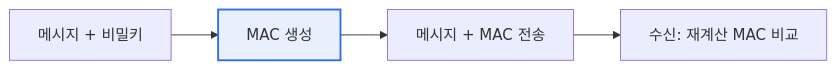
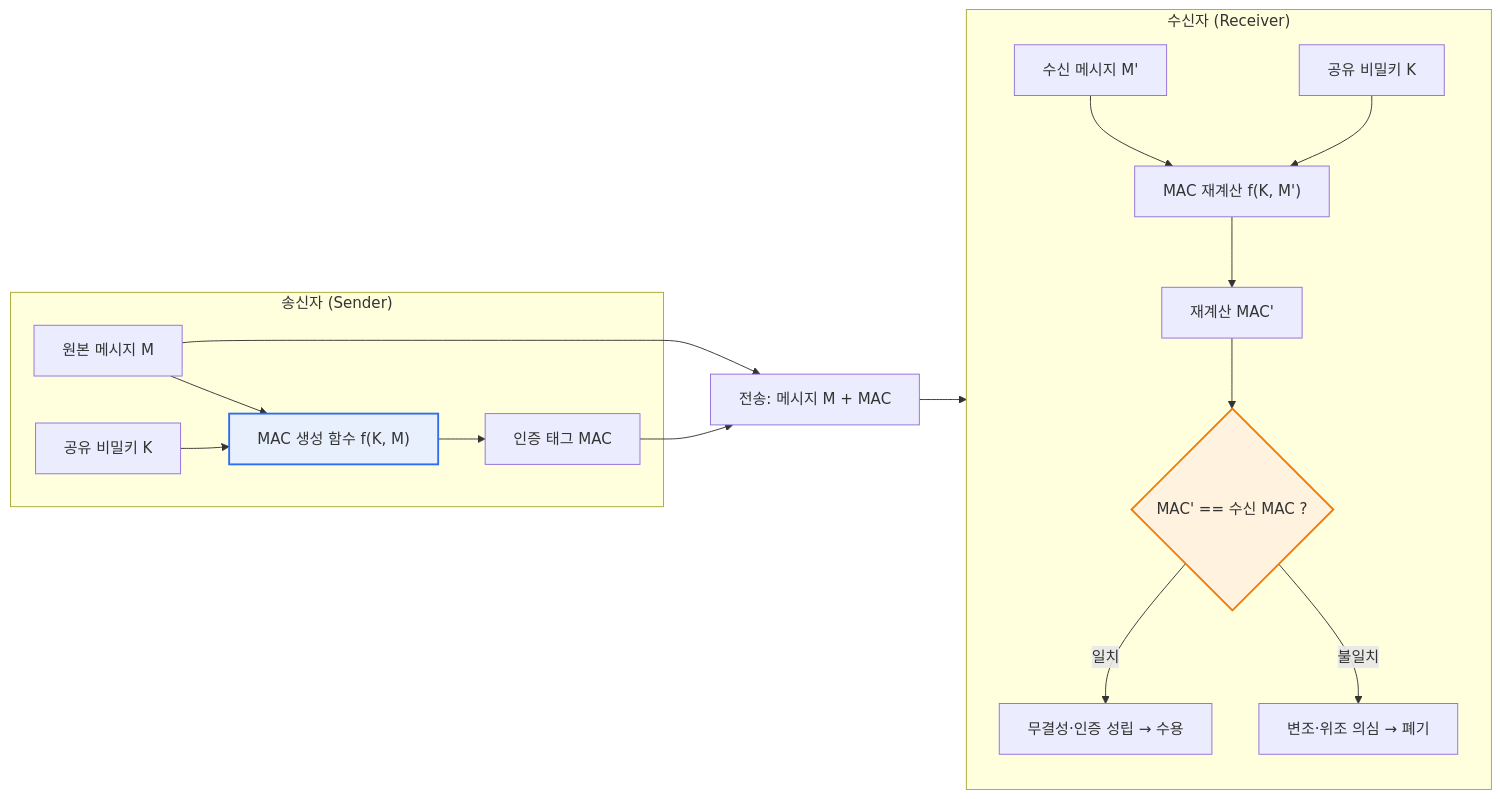
Before and after one commit to coninggu/wjdqhrhksflrltnftk: the first of 2 diagrams in content/mac.md, drawn with Mermaid. The commit also changed other lines of this file and 3 other files, not shown here.

First line of the commit message:
Deepen 메시지 인증 코드(MAC), 소프트웨어 품질비용(Cost of Quality) (auto)

````diff
--- a/content/mac.md
+++ b/content/mac.md
@@ -15,6 +20,21 @@
 ```mermaid
 flowchart LR
-  M["메시지 + 비밀키"] --> G["MAC 생성"] --> S["메시지 + MAC 전송"]
-  S --> V["수신: 재계산 MAC 비교"]
-  style G fill:#e8f0fe,stroke:#2f6fed,stroke-width:2px
+  subgraph SND["송신자 (Sender)"]
+    M1["원본 메시지 M"] --> GEN["MAC 생성 함수 f(K, M)"]
+    K1["공유 비밀키 K"] --> GEN
+    GEN --> T1["인증 태그 MAC"]
+  end
+  M1 --> CH["전송: 메시지 M + MAC"]
+  T1 --> CH
+  CH --> RCV
+  subgraph RCV["수신자 (Receiver)"]
+    M2["수신 메시지 M'"] --> GEN2["MAC 재계산 f(K, M')"]
+    K2["공유 비밀키 K"] --> GEN2
+    GEN2 --> T2["재계산 MAC'"]
+    T2 --> CMP{"MAC' == 수신 MAC ?"}
+    CMP -->|일치| OK["무결성·인증 성립 → 수용"]
+    CMP -->|불일치| NG["변조·위조 의심 → 폐기"]
+  end
+  style GEN fill:#e8f0fe,stroke:#2f6fed,stroke-width:2px
+  style CMP fill:#fff3e0,stroke:#f57c00,stroke-width:2px
 ```
````
